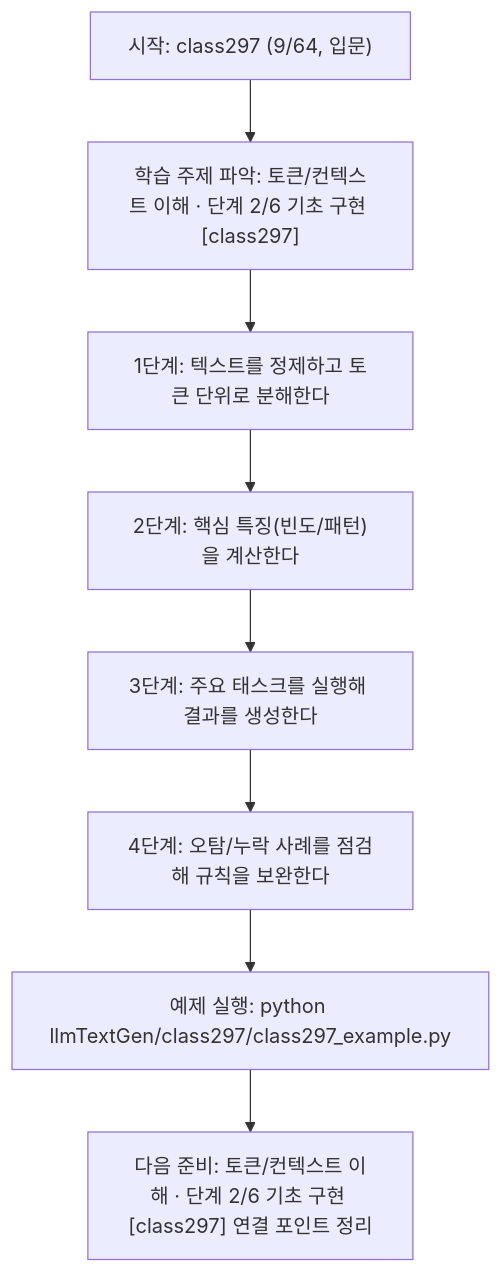
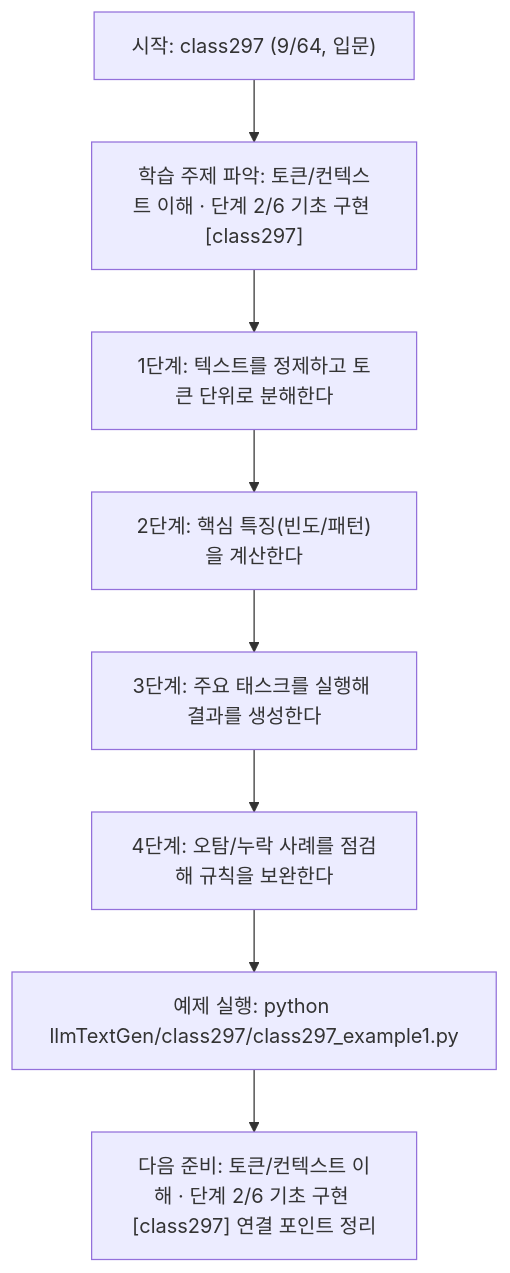
The diagram in llmTextGen/class297/class297.md (edumgt/Python-AI_Agent-Class), drawn with Mermaid before and after one commit. The commit also changed other lines of this file and 2959 other files, not shown here.

````diff
--- a/llmTextGen/class297/class297.md
+++ b/llmTextGen/class297/class297.md
@@ -114,18 +114,18 @@
 ```mermaid
 flowchart TD
 N1["시작: class297 (9/64, 입문)"]
 N2["학습 주제 파악: 토큰/컨텍스트 이해 · 단계 2/6 기초 구현 [class297]"]
 N3["1단계: 텍스트를 정제하고 토큰 단위로 분해한다"]
 N4["2단계: 핵심 특징(빈도/패턴)을 계산한다"]
 N5["3단계: 주요 태스크를 실행해 결과를 생성한다"]
 N6["4단계: 오탐/누락 사례를 점검해 규칙을 보완한다"]
-N7["예제 실행: python llmTextGen/class297/class297_example.py"]
+N7["예제 실행: python llmTextGen/class297/class297_example1.py"]
 N8["다음 준비: 토큰/컨텍스트 이해 · 단계 2/6 기초 구현 [class297] 연결 포인트 정리"]
 N1 --> N2
 N2 --> N3
 N3 --> N4
 N4 --> N5
 N5 --> N6
 N6 --> N7
 N7 --> N8
 ```
````
